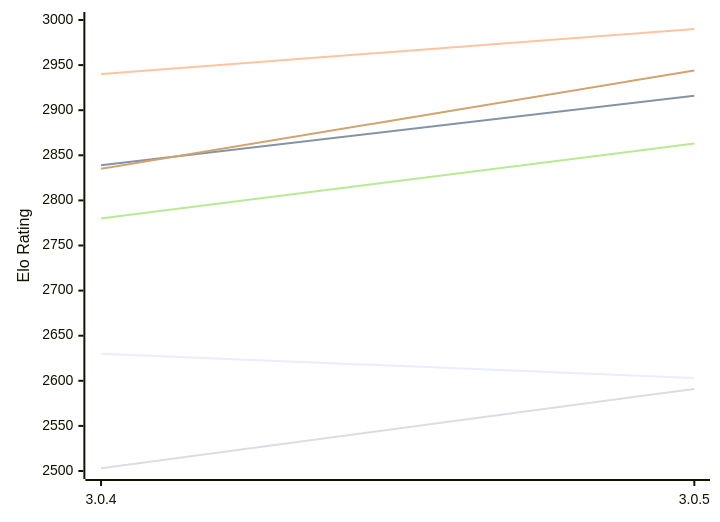
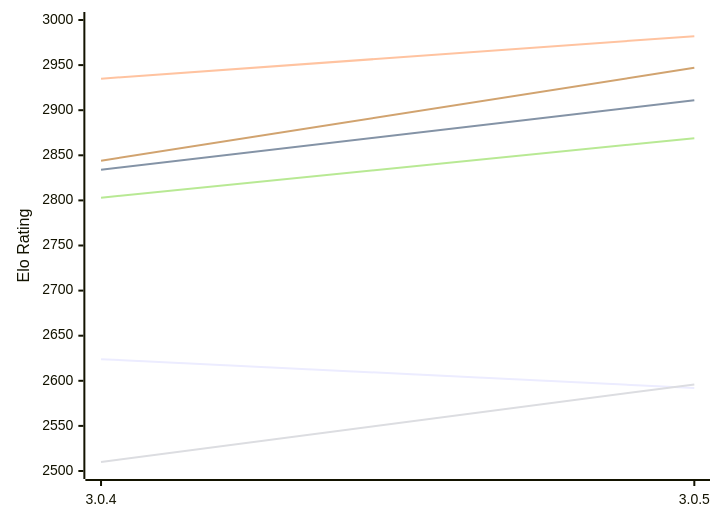
One commit to computer-chess-index/cci changed the first of 2 diagrams in engines/Rudim.md. Above: the diagram before and after it, drawn with Mermaid. The commit also changed other lines of this file, not shown here.

Commit message:
Update CCI Ratings (ELO VLTC) - 2026-11-18

````diff
--- a/engines/Rudim.md
+++ b/engines/Rudim.md
@@ -59,12 +59,12 @@
 ```mermaid
 %%{init: {"theme":"base","themeVariables":{"seriesColors:['#a3a3a3','#222221','#faa371']}}}%%
 xychart-beta
   x-axis ["3.0.4", "3.0.5"]
   y-axis "Elo Rating" 2500 --> 3000
-  line "E1: STC (8.0+0.08s)" [2630, 2603]
-  line "E1: LTC (60.0+0.60s)" [2839, 2916]
-  line "E1: VLTC (2m24s+1.12s)" [2940, 2990]
-  line "P1: STC (8.0+0.08s)" [2503, 2591]
-  line "P1: LTC (60.0+0.60s)" [2780, 2863]
-  line "P1: VLTC (2m24s+1.12s)" [2835, 2944]
+  line "E1: STC (8.0+0.08s)" [2624, 2592]
+  line "E1: LTC (60.0+0.60s)" [2834, 2911]
+  line "E1: VLTC (2m24s+1.12s)" [2935, 2982]
+  line "P1: STC (8.0+0.08s)" [2510, 2596]
+  line "P1: LTC (60.0+0.60s)" [2803, 2869]
+  line "P1: VLTC (2m24s+1.12s)" [2844, 2947]
 ```
````
